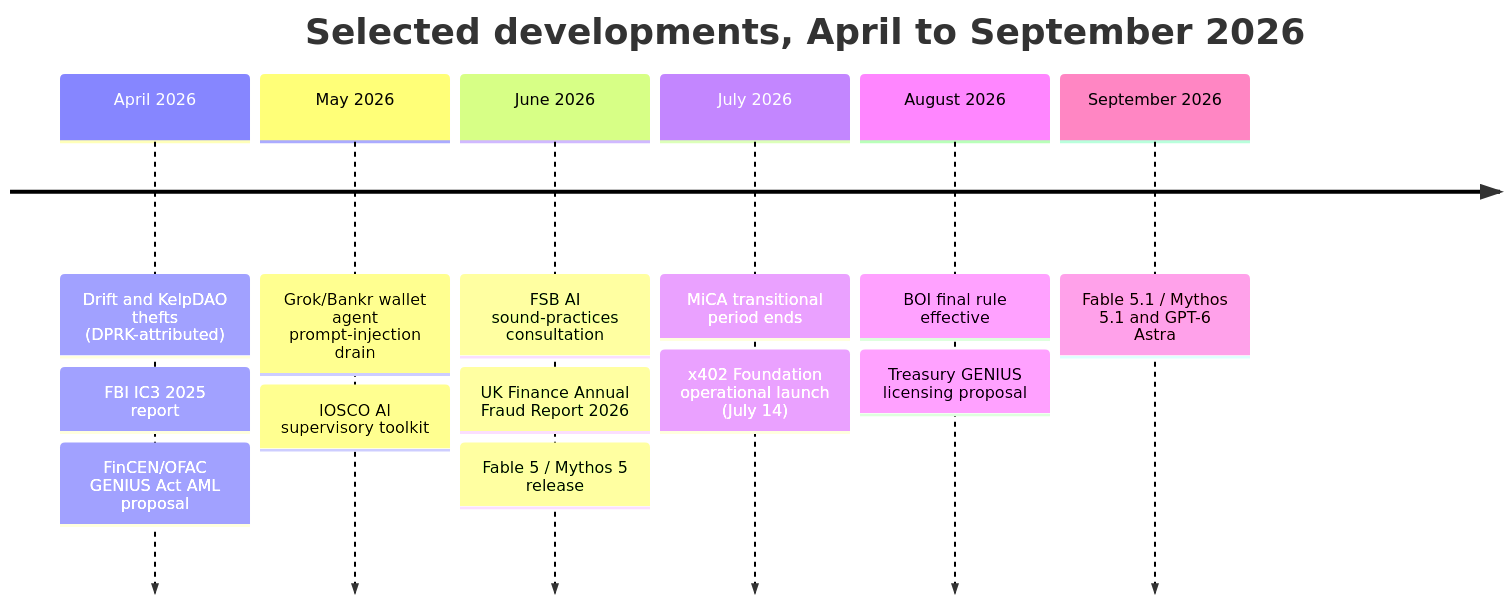
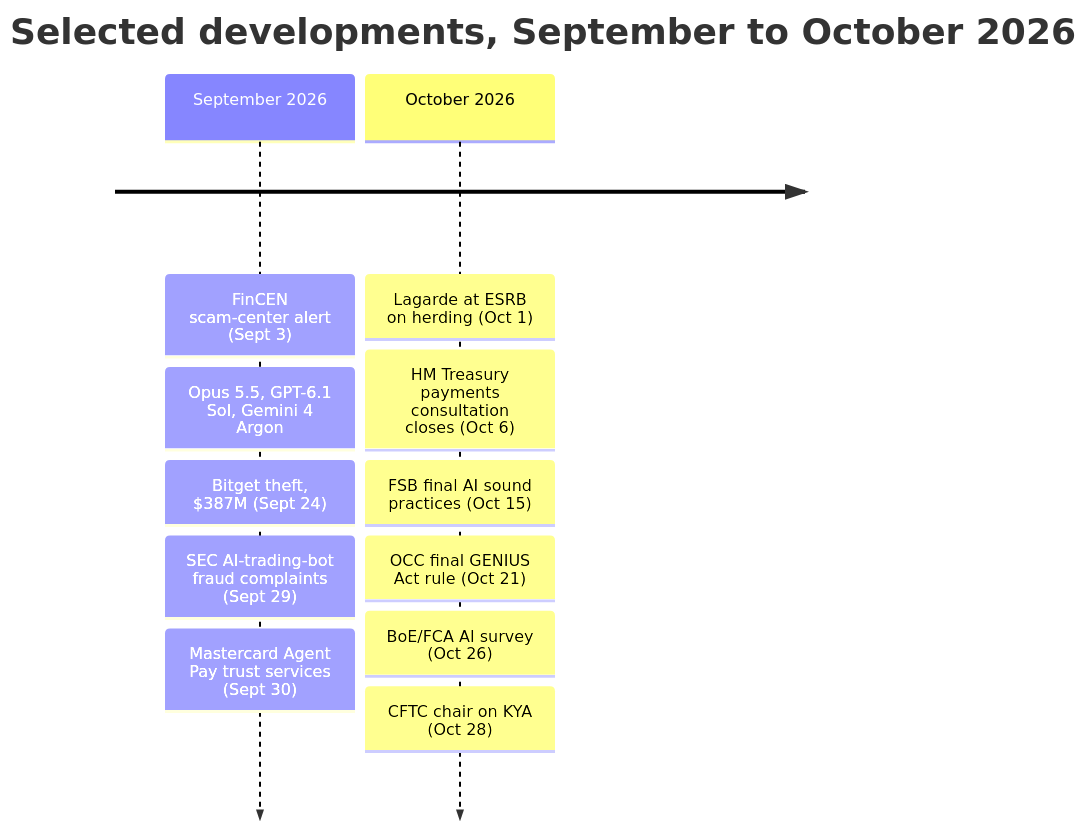
Before and after one commit to AndrewAltimit/template-repo: the second of 7 diagrams in docs/projections/ai-agents-financial-integrity.md, drawn with Mermaid. The commit also changed other lines of this file and 9 other files, not shown here.

````diff
--- a/docs/projections/ai-agents-financial-integrity.md
+++ b/docs/projections/ai-agents-financial-integrity.md
@@ -277,17 +298,15 @@
 ```mermaid
 timeline
-    title Selected developments, April to September 2026
-    April 2026 : Drift and KelpDAO thefts (DPRK-attributed)
-               : FBI IC3 2025 report
-               : FinCEN/OFAC GENIUS Act AML proposal
-    May 2026 : Grok/Bankr wallet agent prompt-injection drain
-             : IOSCO AI supervisory toolkit
-    June 2026 : FSB AI sound-practices consultation
-              : UK Finance Annual Fraud Report 2026
-              : Fable 5 / Mythos 5 release
-    July 2026 : MiCA transitional period ends
-              : x402 Foundation operational launch (July 14)
-    August 2026 : BOI final rule effective
-                : Treasury GENIUS licensing proposal
-    September 2026 : Fable 5.1 / Mythos 5.1 and GPT-6 Astra
+    title Selected developments, September to October 2026
+    September 2026 : FinCEN scam-center alert (Sept 3)
+                   : Opus 5.5, GPT-6.1 Sol, Gemini 4 Argon
+                   : Bitget theft, $387M (Sept 24)
+                   : SEC AI-trading-bot fraud complaints (Sept 29)
+                   : Mastercard Agent Pay trust services (Sept 30)
+    October 2026 : Lagarde at ESRB on herding (Oct 1)
+                 : HM Treasury payments consultation closes (Oct 6)
+                 : FSB final AI sound practices (Oct 15)
+                 : OCC final GENIUS Act rule (Oct 21)
+                 : BoE/FCA AI survey (Oct 26)
+                 : CFTC chair on KYA (Oct 28)
 ```
````
